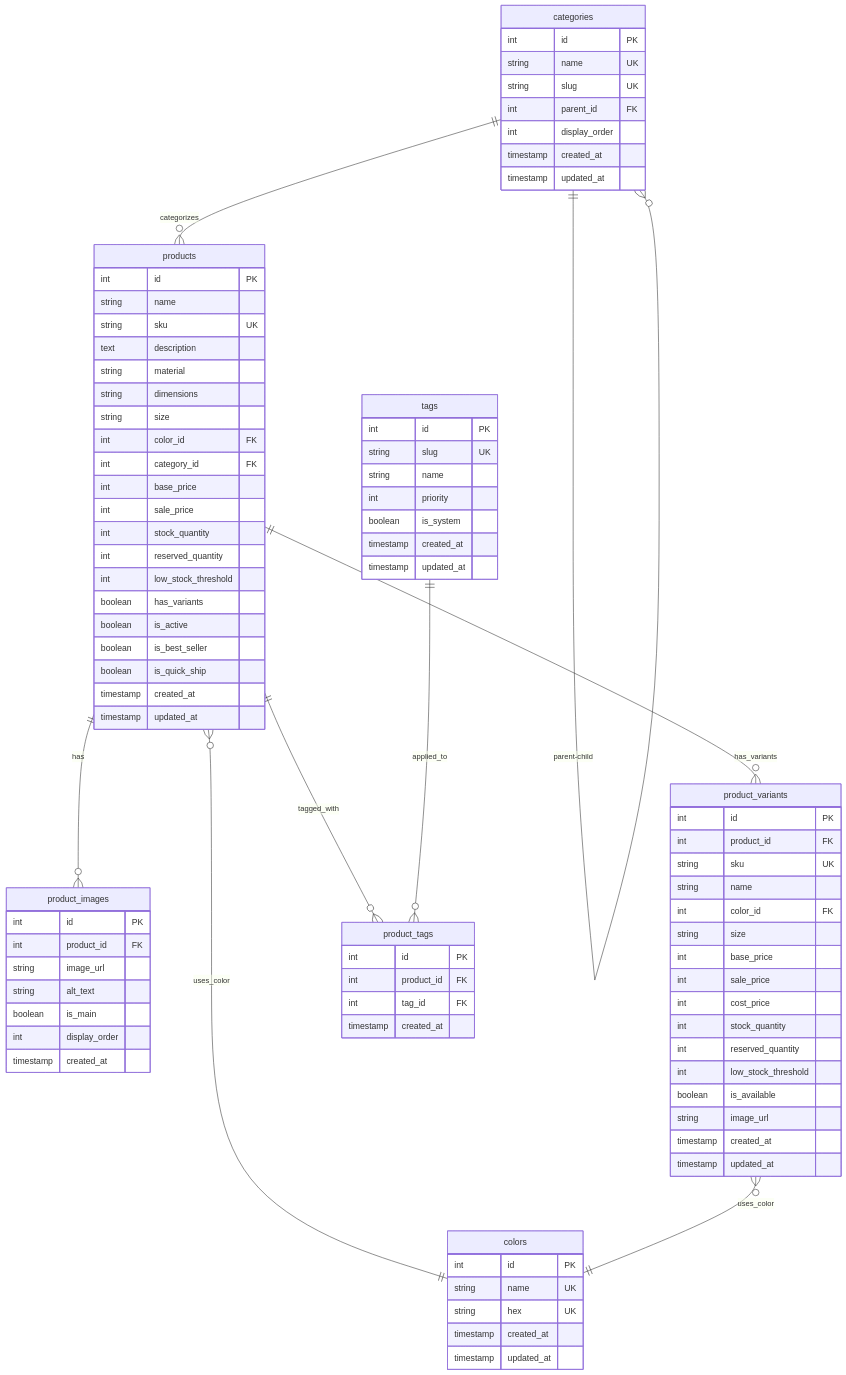
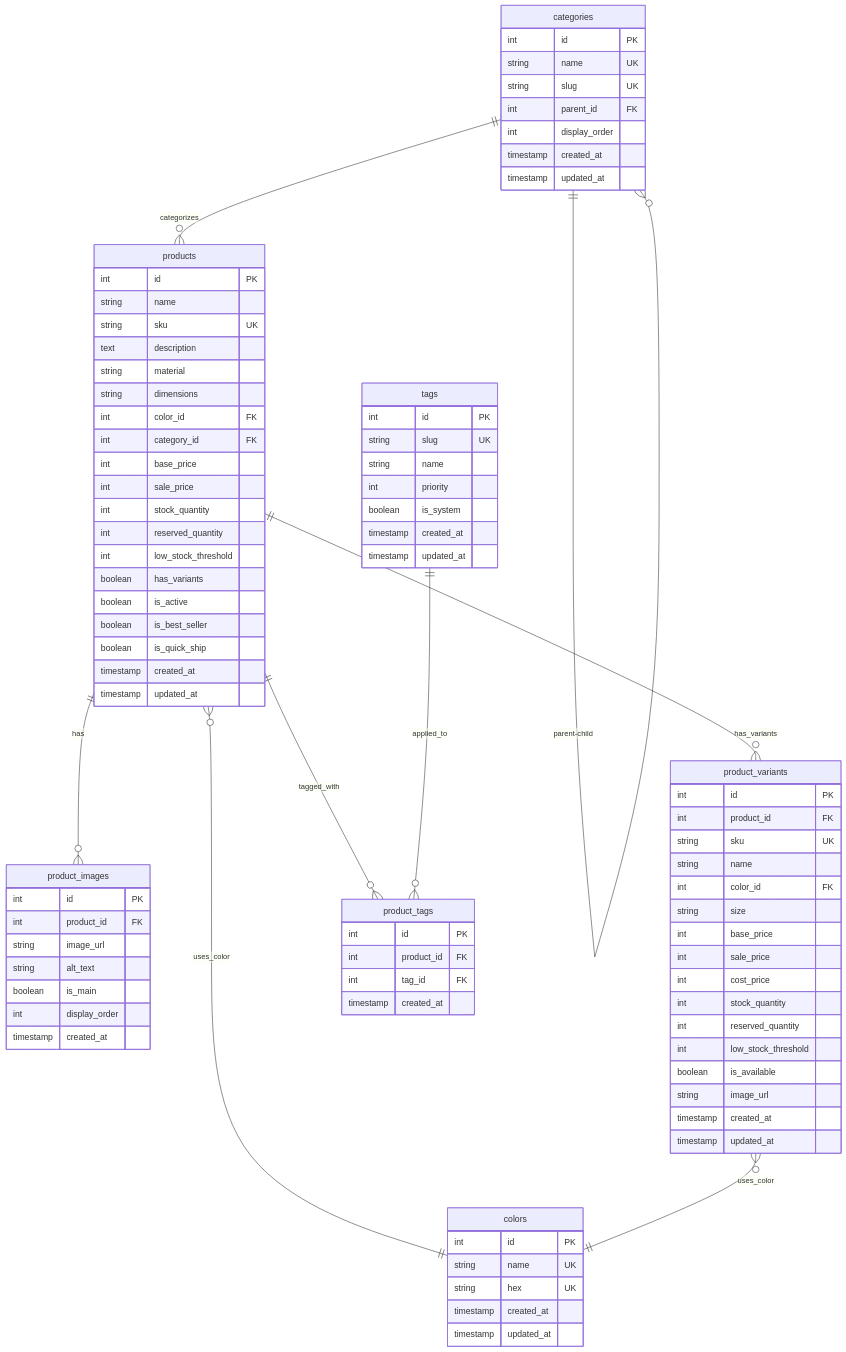
Before and after one commit to thundermiracle/ec-rust-ts: the diagram in app/backend/docs/database-schema.md, drawn with Mermaid. The commit also changed other lines of this file and 8 other files, not shown here.

```diff
--- a/app/backend/docs/database-schema.md
+++ b/app/backend/docs/database-schema.md
@@ -46,7 +46,6 @@
         text description
         string material
         string dimensions
-        string size
         int color_id FK
         int category_id FK
         int base_price
```
